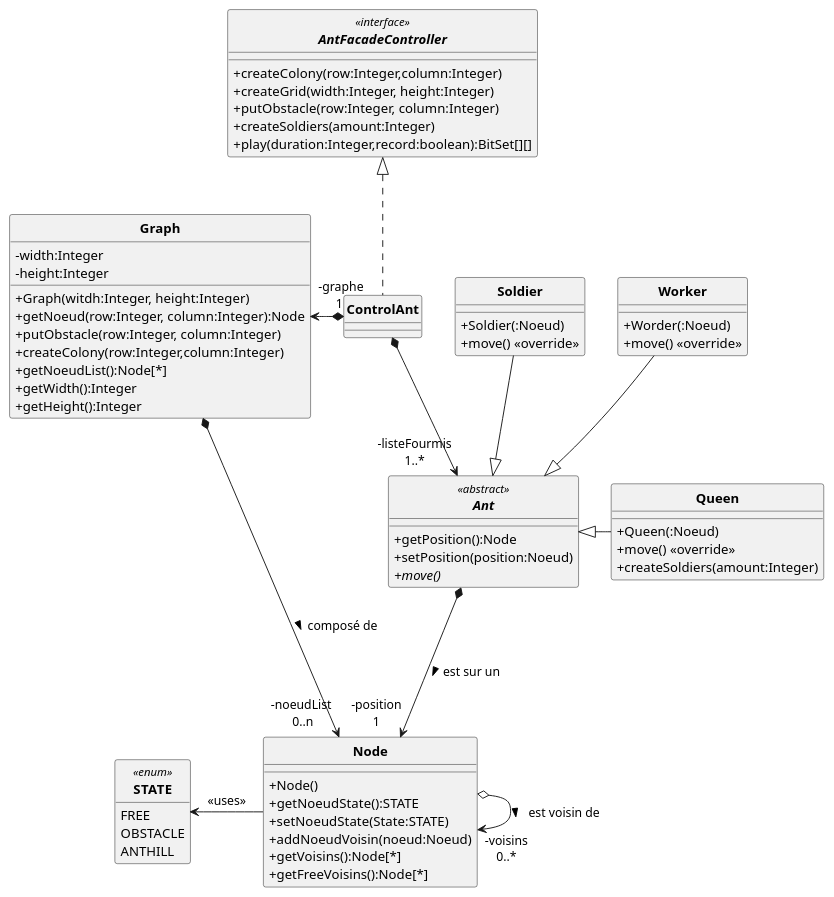
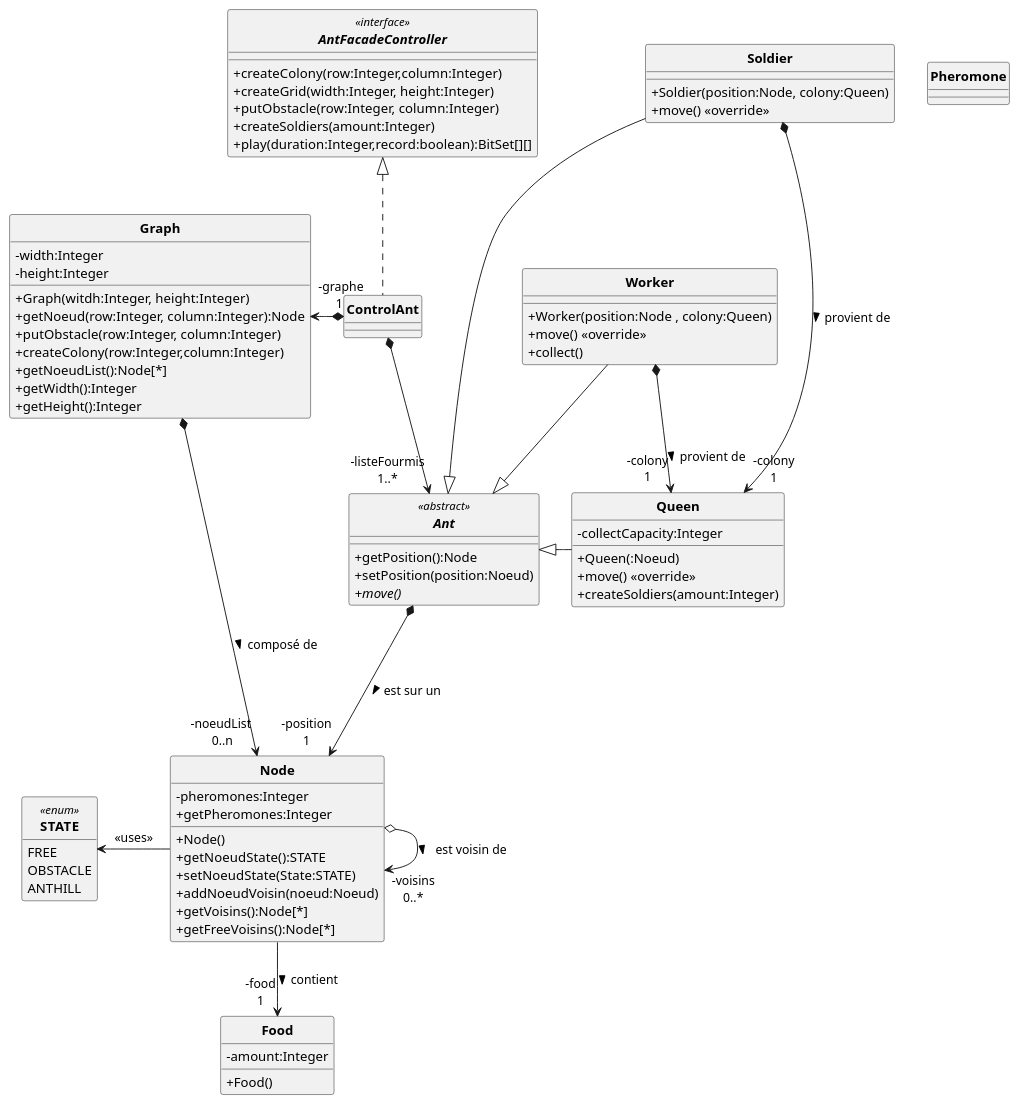
Before and after one commit to ErenMustafaGit/ColonieFourmis: the diagram in src/main/uml/Fourmis_DC.puml, drawn with PlantUML. The commit also changed 2 other files, not shown here.

Commit message:
DC : Food + Phéromone + collectCapacity + collect DCa : Food + Colony Ds : Correction

```diff
--- a/src/main/uml/Fourmis_DC.puml
+++ b/src/main/uml/Fourmis_DC.puml
@@ -1,94 +1,109 @@
 @startuml
 'https://plantuml.com/sequence-diagram
 allow_mixing
 skinparam style strictuml
 skinparam classAttributeIconSize 0
 skinparam circledCharacterRadius 0
 skinparam circledCharacterFontSize 0
 skinparam classFontStyle Bold
 'autonumber
 hide enum methods
 
 'Controleur
 interface AntFacadeController <<interface>> {
     '+setParameters( evaporationParam:Integer, foodParam:Integer, pheromoneParam:Integer )
     +createColony(row:Integer,column:Integer)
     +createGrid(width:Integer, height:Integer)
     +putObstacle(row:Integer, column:Integer)
     '+putFood( row:Integer, column:Integer, quantity:Integer);
     '+createWorkers( amount:Integer )
     +createSoldiers(amount:Integer)
     '+setAntFile(antLogFile:String);
     +play(duration:Integer,record:boolean):BitSet[][]
 }
 
 class Node {
+    -pheromones:Integer
     +Node()
     +getNoeudState():STATE
     +setNoeudState(State:STATE)
     +addNoeudVoisin(noeud:Noeud)
     +getVoisins():Node[*]
     +getFreeVoisins():Node[*]
+    +getPheromones:Integer
 }
 enum STATE <<enum>> {
     FREE
     OBSTACLE
     ANTHILL
+}
+
+class Food{
+    -amount:Integer
+    +Food()
+}
+class Pheromone{
 }
 
 
 abstract Ant <<abstract>> {
     +getPosition():Node
     +setPosition(position:Noeud)
     {abstract} +move()
 }
 class Queen{
+    -collectCapacity:Integer
     +Queen(:Noeud)
     +move() <<override>>
     +createSoldiers(amount:Integer)
 
 }
 class Soldier{
-    +Soldier(:Noeud)
+    +Soldier(position:Node, colony:Queen)
     +move() <<override>>
 }
 
 class Worker {
-    +Worder(:Noeud)
+    +Worker(position:Node , colony:Queen)
     +move() <<override>>
+    +collect()
 }
 
 
 class ControlAnt implements AntFacadeController{
 }
 
 
 class Graph{
  -width:Integer
  -height:Integer
  +Graph(witdh:Integer, height:Integer)
  +getNoeud(row:Integer, column:Integer):Node
  +putObstacle(row:Integer, column:Integer)
  +createColony(row:Integer,column:Integer)
  +getNoeudList():Node[*]
  +getWidth():Integer
  +getHeight():Integer
 }
 
 
 Soldier --|> Ant
 Queen -l-|> Ant
 Worker --|> Ant
 
 ControlAnt "-graphe\n1 " *-l-> Graph
 ControlAnt  *--> "-listeFourmis\n1..*" Ant
 
 Graph *-r-> "-noeudList \n0..n" Node : composé de >
 'historique = liste de noeud déjà passé par la fourmi
 '"-position 1\n-historique 0..*"
 Ant *---> "-position\n1" Node  : est sur un >
 Node o-> "-voisins\n0..*"  Node  : est voisin de >
 
 Node -l-> STATE : <<uses>>
+Node --> "-food\n1" Food : contient >
+
+Soldier *---> "-colony\n1" Queen : provient de >
+Worker *--> "-colony\n1" Queen : provient de >
 
 @enduml
```
